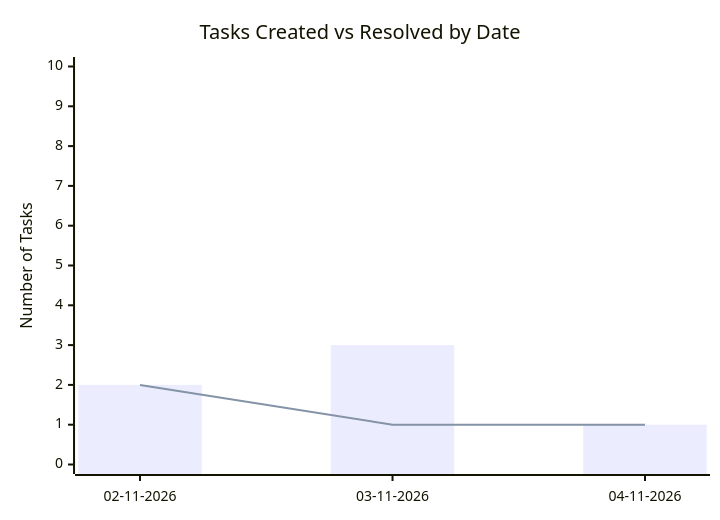
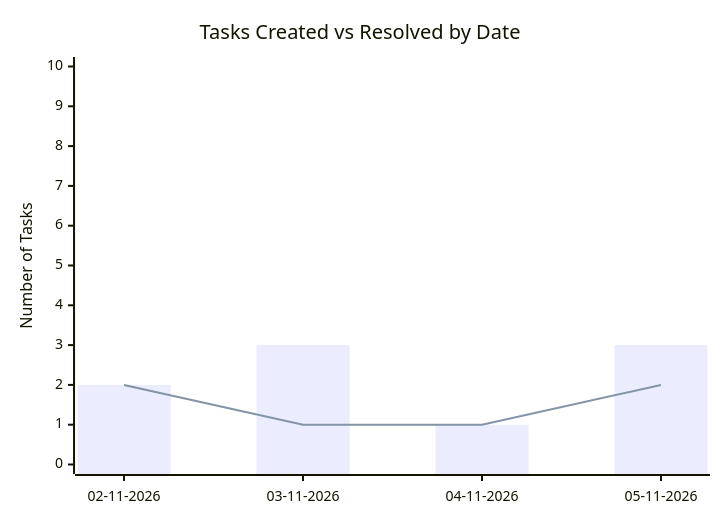
The second of 2 diagrams in KUD/Analytics.md (sagarms97/MyWorkDairy), drawn with Mermaid before and after one commit. The commit also changed other lines of this file and 5 other files, not shown here.

````diff
--- a/KUD/Analytics.md
+++ b/KUD/Analytics.md
@@ -26,8 +27,8 @@
 ```mermaid
 xychart-beta
     title "Tasks Created vs Resolved by Date"
-    x-axis ["02-11-2026", "03-11-2026", "04-11-2026"]
+    x-axis ["02-11-2026", "03-11-2026", "04-11-2026", "05-11-2026"]
     y-axis "Number of Tasks" 0 --> 10
-    bar [2, 3, 1]
-    line [2, 1, 1]
+    bar [2, 3, 1, 3]
+    line [2, 1, 1, 2]
 ```
````
